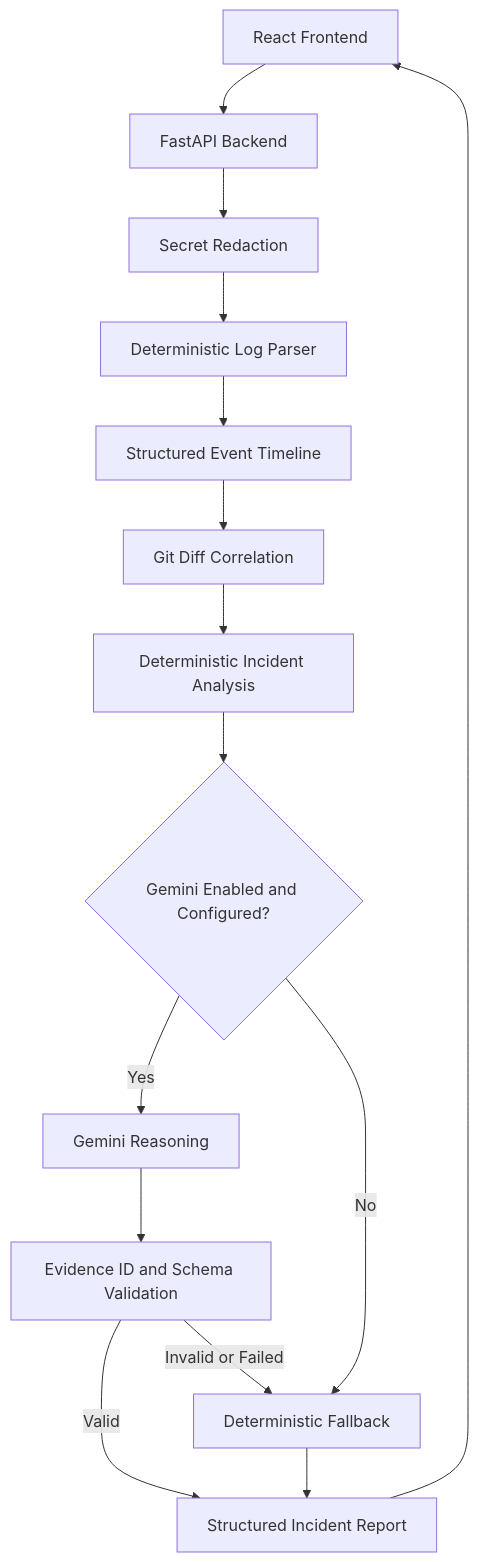
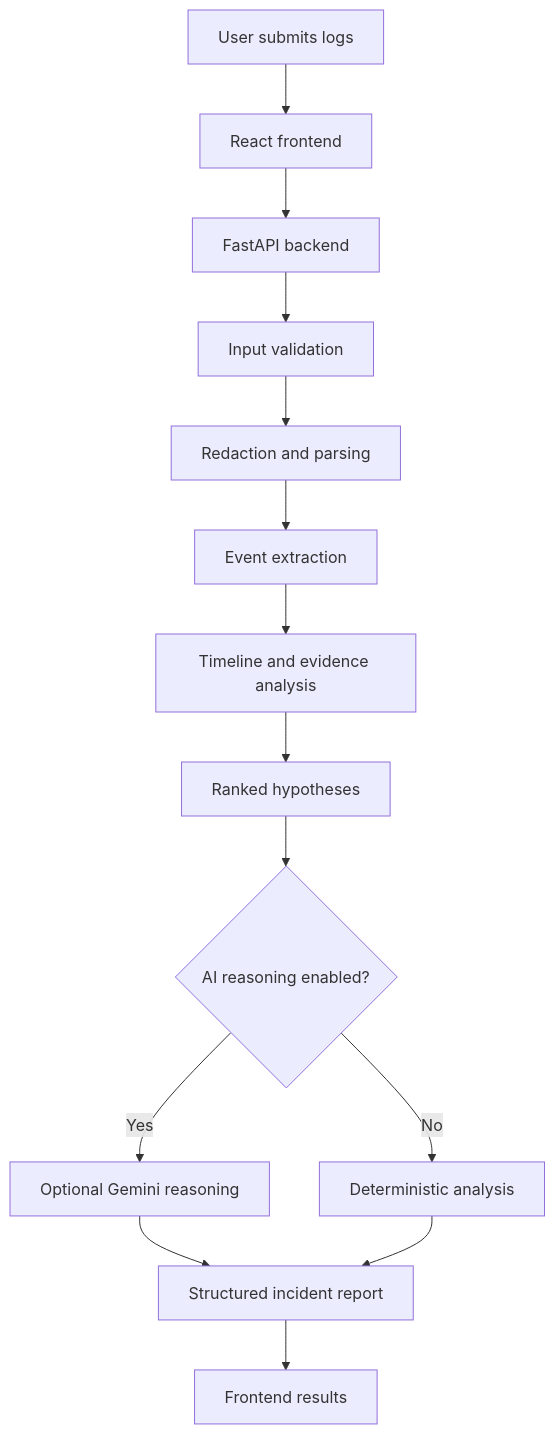
One commit to bhavya-cse/whyrus changed the diagram in README.md. Above: the diagram before and after it, drawn with Mermaid. The commit also changed other lines of this file, not shown here.

````diff
--- a/README.md
+++ b/README.md
@@ -43,17 +80,16 @@
 ```mermaid
 flowchart TD
-    A[React Frontend] --> B[FastAPI Backend]
-    B --> C[Secret Redaction]
-    C --> D[Deterministic Log Parser]
-    D --> E[Structured Event Timeline]
-    E --> F[Git Diff Correlation]
-    F --> G[Deterministic Incident Analysis]
-    G --> H{Gemini Enabled and Configured?}
-    H -->|Yes| I[Gemini Reasoning]
-    I --> J[Evidence ID and Schema Validation]
-    J -->|Valid| K[Structured Incident Report]
-    J -->|Invalid or Failed| L[Deterministic Fallback]
-    H -->|No| L
-    L --> K
-    K --> A
+    A[User submits logs] --> B[React frontend]
+    B --> C[FastAPI backend]
+    C --> D[Input validation]
+    D --> E[Redaction and parsing]
+    E --> F[Event extraction]
+    F --> G[Timeline and evidence analysis]
+    G --> H[Ranked hypotheses]
+    H --> I{AI reasoning enabled?}
+    I -- Yes --> J[Optional Gemini reasoning]
+    I -- No --> K[Deterministic analysis]
+    J --> L[Structured incident report]
+    K --> L
+    L --> M[Frontend results]
 ```
````
